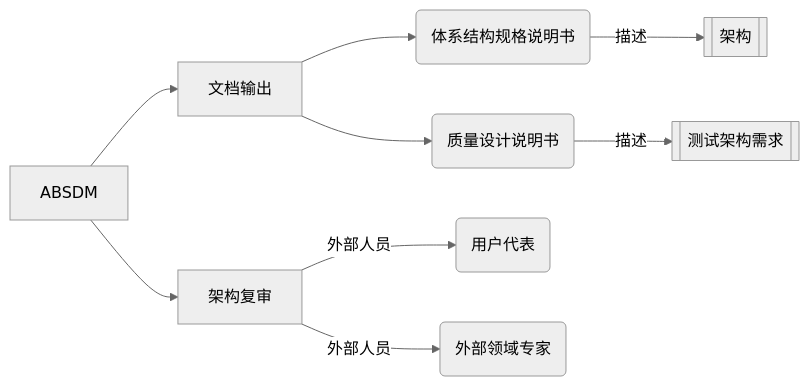
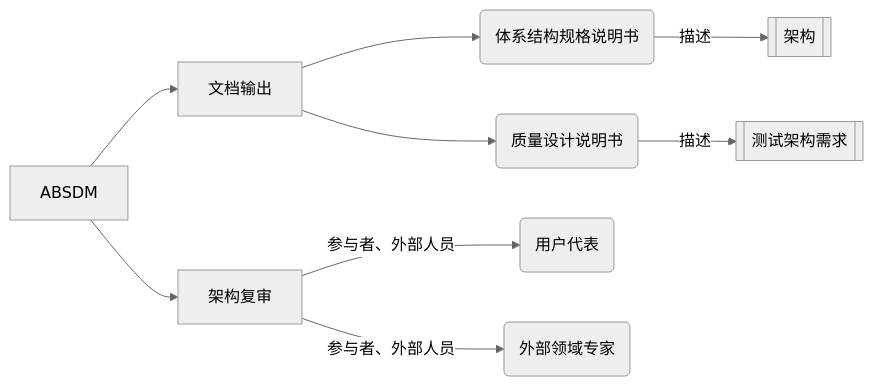
One commit to 290044632/bookmark changed the second of 3 diagrams in 软考复习/基于架构的软件开发.md. Above: the diagram before and after it, drawn with Mermaid (neutral theme). The commit also changed other lines of this file and 1 other file, not shown here.

````diff
--- a/软考复习/基于架构的软件开发.md
+++ b/软考复习/基于架构的软件开发.md
@@ -14,12 +14,12 @@
 ```mermaid
 graph LR
 A[ABSDM]
 A-->B[文档输出]
 B-->C(体系结构规格说明书)
 C-->|描述|C1[[架构]]
 B-->D(质量设计说明书)
 D-->|描述|D1[[测试架构需求]]
 A-->E[架构复审]
-E-->|外部人员|E1(用户代表)
-E-->|外部人员|E2(外部领域专家)
+E-->|"参与者、外部人员"|E1(用户代表)
+E-->|"参与者、外部人员"|E2(外部领域专家)
 ```
````
